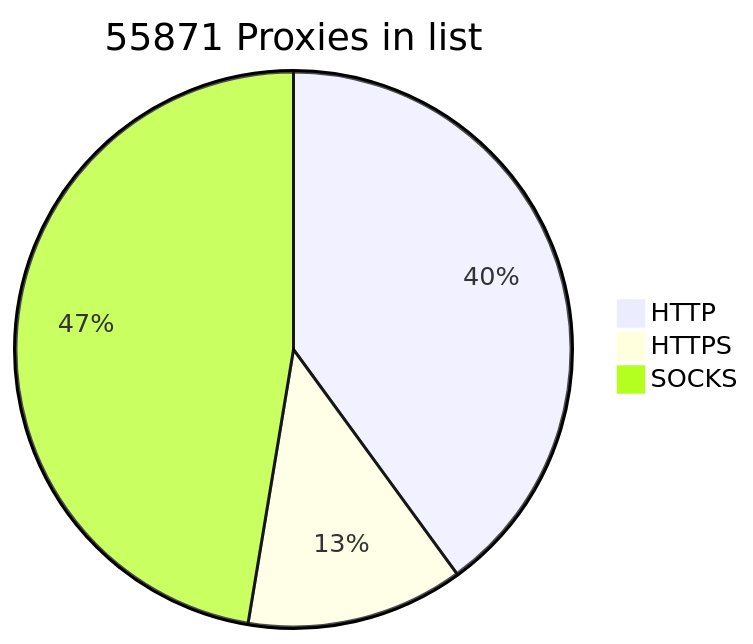
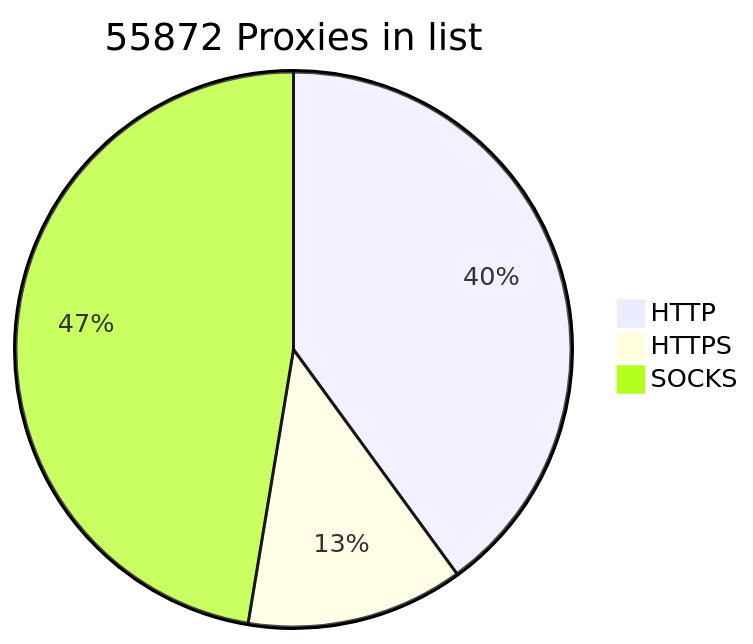
Before and after one commit to BlackSnowDot/proxylist-update-every-minute: the diagram in README.md, drawn with Mermaid.

````diff
--- a/README.md
+++ b/README.md
@@ -2,6 +2,6 @@
 ```mermaid
-pie title 55871 Proxies in list
+pie title 55872 Proxies in list
     "HTTP" : 25028
     "HTTPS": 7914
-    "SOCKS" : 29664
+    "SOCKS" : 29665
 ```
````
